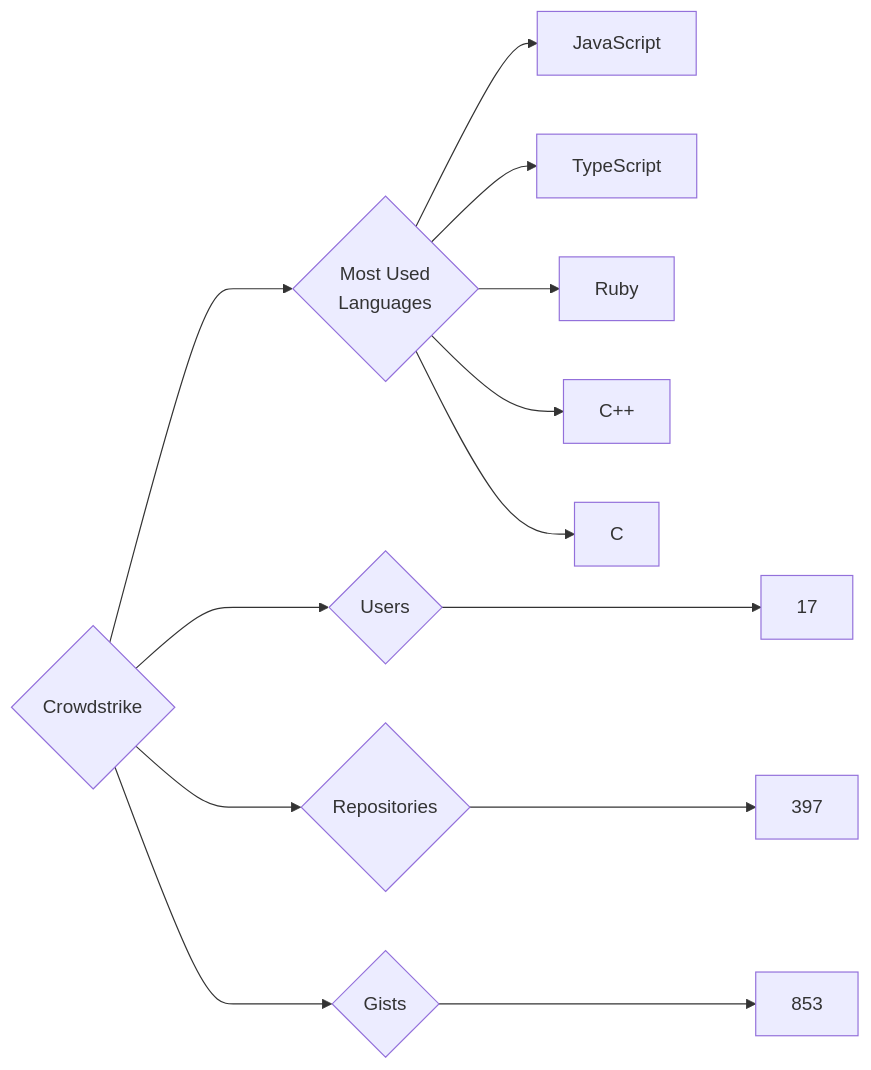
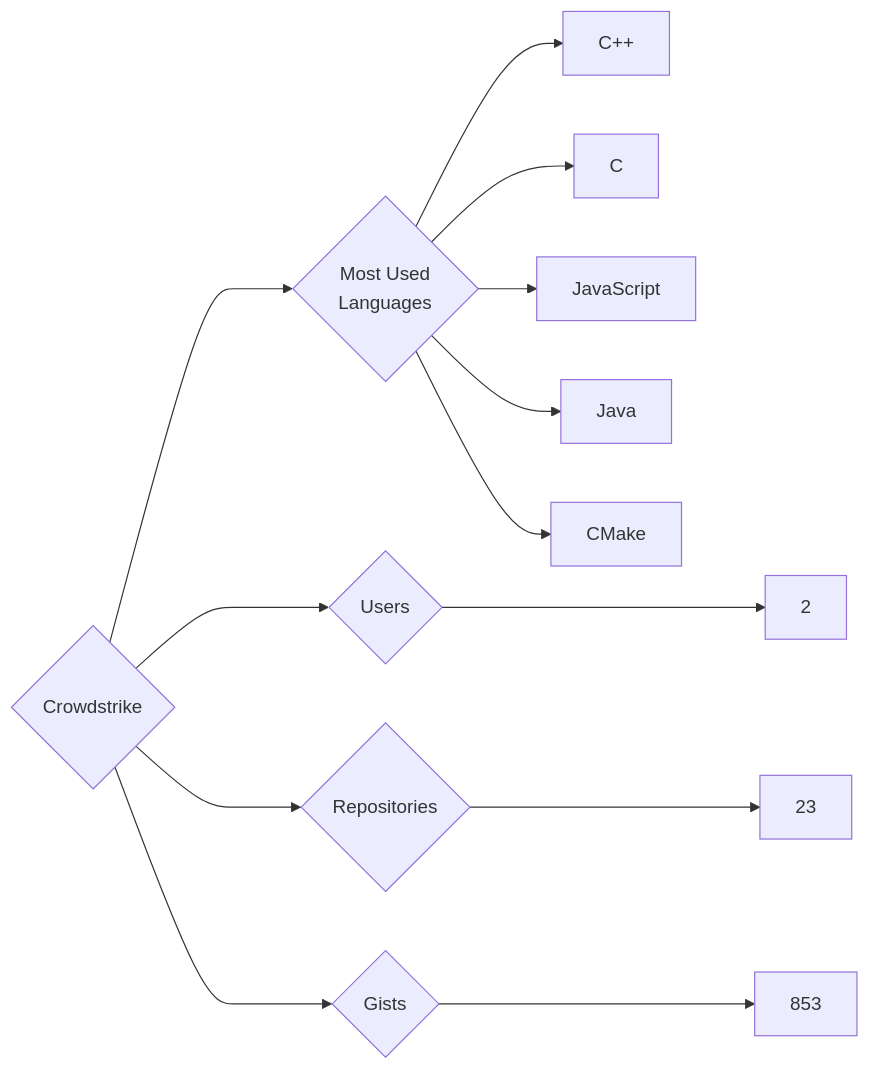
Before and after one commit to trickest/insiders: the diagram in targets/Crowdstrike/README.md, drawn with Mermaid. The commit also changed 934 other files, not shown here.

````diff
--- a/targets/Crowdstrike/README.md
+++ b/targets/Crowdstrike/README.md
@@ -3,13 +3,13 @@
 ```mermaid
 graph LR
 COMPANY_NAME{Crowdstrike}
-COMPANY_NAME ---> U{Users} ---> UN[17]
-COMPANY_NAME ---> R{Repositories} ---> RN[397]
+COMPANY_NAME ---> U{Users} ---> UN[2]
+COMPANY_NAME ---> R{Repositories} ---> RN[23]
 COMPANY_NAME ---> G{Gists} ---> GN[853]
 COMPANY_NAME ---> ML{Most Used<br>Languages}
-ML --> JavaScript[JavaScript]
-ML --> TypeScript[TypeScript]
-ML --> Ruby[Ruby]
 ML --> C++[C++]
 ML --> C[C]
+ML --> JavaScript[JavaScript]
+ML --> Java[Java]
+ML --> CMake[CMake]
 ```
````
